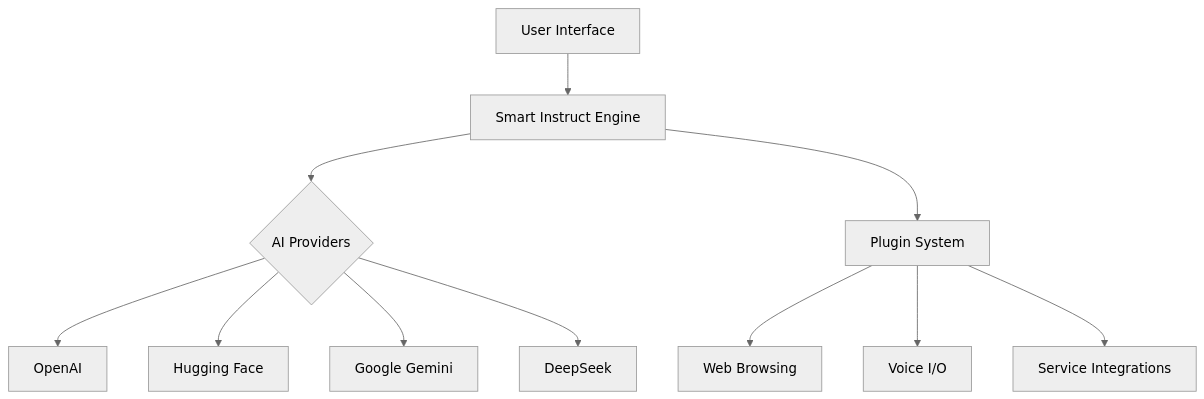
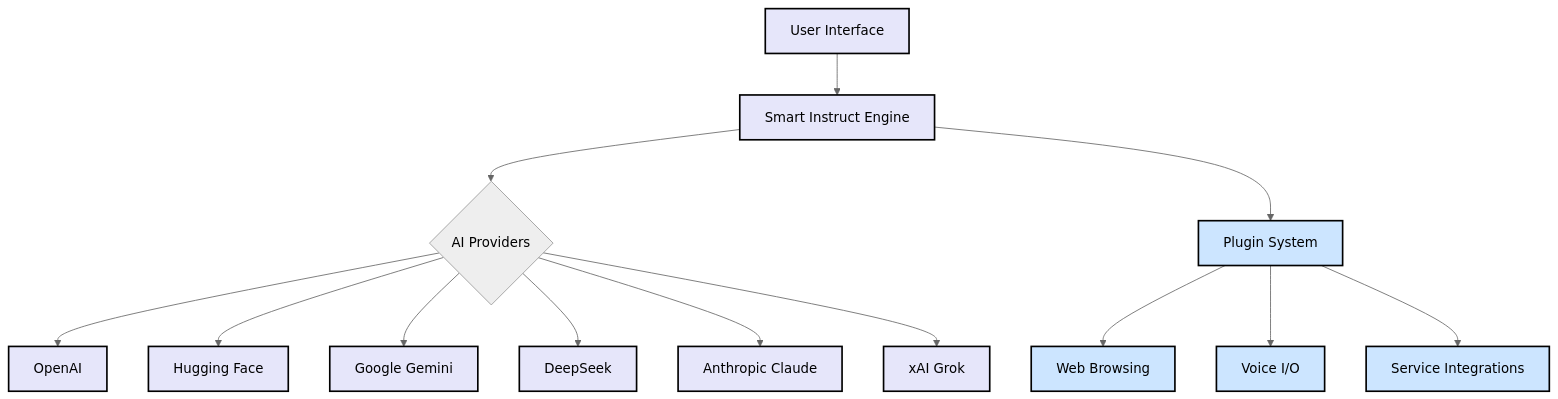
Before and after one commit to AInovix/Novix: the diagram in README.md, drawn with Mermaid (neutral theme).

Commit message:
GITBOOK-7: No subject

````diff
--- a/README.md
+++ b/README.md
@@ -83,13 +83,24 @@
 ```mermaid
 graph TD
-  A[User Interface] --> B[Smart Instruct Engine]
-  B --> C{AI Providers}
-  C --> D[OpenAI]
-  C --> E[Hugging Face]
-  C --> F[Google Gemini]
-  C --> G[DeepSeek]
-  B --> H[Plugin System]
-  H --> I[Web Browsing]
-  H --> J[Voice I/O]
-  H --> K[Service Integrations]
+    A[User Interface] --> B[Smart Instruct Engine]
+    B --> C{AI Providers}
+    C --> D[OpenAI]
+    C --> E[Hugging Face]
+    C --> F[Google Gemini]
+    C --> G[DeepSeek]
+    C --> L[Anthropic Claude]
+    C --> M[xAI Grok]
+    B --> H[Plugin System]
+    H --> I[Web Browsing]
+    H --> J[Voice I/O]
+    H --> K[Service Integrations]
+
+    %% Styling for better visuals
+    classDef aiProviders fill:#E6E6FA,stroke:#000,stroke-width:2px;
+    class D,E,F,G,L,M aiProviders;
+    classDef pluginSystem fill:#CCE5FF,stroke:#000,stroke-width:2px;
+    class H,I,J,K pluginSystem;
+    class A,B aiProviders;
+
+
 ```
````
